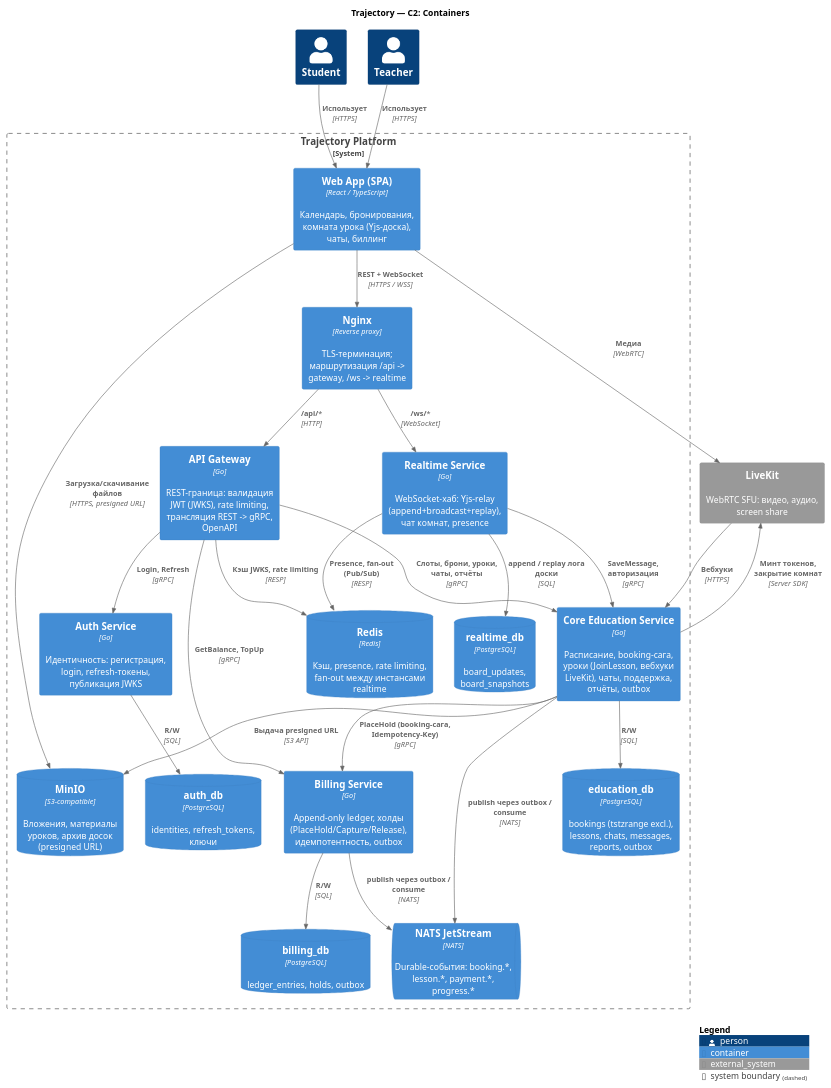
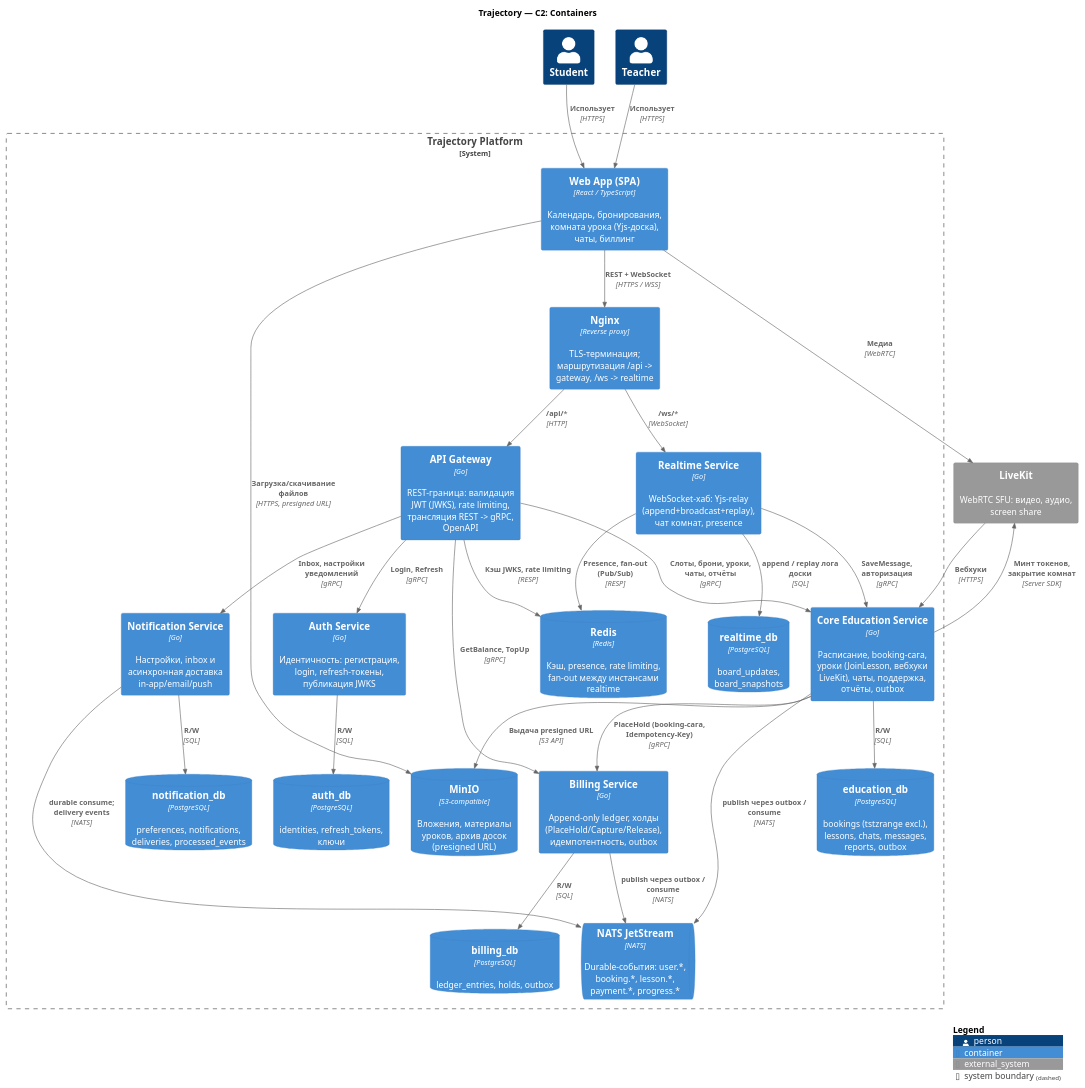
One commit to trajectory-platform/architeture changed the diagram in docs/diagrams/c4/c2-containers.puml. Above: the diagram before and after it, drawn with PlantUML. The commit also changed 25 other files, not shown here.

```diff
--- a/docs/diagrams/c4/c2-containers.puml
+++ b/docs/diagrams/c4/c2-containers.puml
@@ -1,65 +1,70 @@
 @startuml c2-containers
 !include <C4/C4_Container>
 
 title Trajectory — C2: Containers
 
 Person(student, "Student")
 Person(teacher, "Teacher")
 
 System_Boundary(trajectory, "Trajectory Platform") {
     Container(spa, "Web App (SPA)", "React / TypeScript", "Календарь, бронирования, комната урока (Yjs-доска), чаты, биллинг")
 
     Container(nginx, "Nginx", "Reverse proxy", "TLS-терминация; маршрутизация /api -> gateway, /ws -> realtime")
 
     Container(gateway, "API Gateway", "Go", "REST-граница: валидация JWT (JWKS), rate limiting, трансляция REST -> gRPC, OpenAPI")
     Container(auth, "Auth Service", "Go", "Идентичность: регистрация, login, refresh-токены, публикация JWKS")
     Container(core, "Core Education Service", "Go", "Расписание, booking-сага, уроки (JoinLesson, вебхуки LiveKit), чаты, поддержка, отчёты, outbox")
     Container(billing, "Billing Service", "Go", "Append-only ledger, холды (PlaceHold/Capture/Release), идемпотентность, outbox")
     Container(realtime, "Realtime Service", "Go", "WebSocket-хаб: Yjs-relay (append+broadcast+replay), чат комнат, presence")
+    Container(notification, "Notification Service", "Go", "Настройки, inbox и асинхронная доставка in-app/email/push")
 
     ContainerDb(pg_auth, "auth_db", "PostgreSQL", "identities, refresh_tokens, ключи")
     ContainerDb(pg_edu, "education_db", "PostgreSQL", "bookings (tstzrange excl.), lessons, chats, messages, reports, outbox")
     ContainerDb(pg_billing, "billing_db", "PostgreSQL", "ledger_entries, holds, outbox")
     ContainerDb(pg_rt, "realtime_db", "PostgreSQL", "board_updates, board_snapshots")
+    ContainerDb(pg_notification, "notification_db", "PostgreSQL", "preferences, notifications, deliveries, processed_events")
 
     ContainerDb(redis, "Redis", "Redis", "Кэш, presence, rate limiting, fan-out между инстансами realtime")
-    ContainerQueue(nats, "NATS JetStream", "NATS", "Durable-события: booking.*, lesson.*, payment.*, progress.*")
+    ContainerQueue(nats, "NATS JetStream", "NATS", "Durable-события: user.*, booking.*, lesson.*, payment.*, progress.*")
     ContainerDb(minio, "MinIO", "S3-compatible", "Вложения, материалы уроков, архив досок (presigned URL)")
 }
 
 System_Ext(livekit, "LiveKit", "WebRTC SFU: видео, аудио, screen share")
 
 Rel(student, spa, "Использует", "HTTPS")
 Rel(teacher, spa, "Использует", "HTTPS")
 
 Rel(spa, nginx, "REST + WebSocket", "HTTPS / WSS")
 Rel(spa, livekit, "Медиа", "WebRTC")
 Rel(spa, minio, "Загрузка/скачивание файлов", "HTTPS, presigned URL")
 
 Rel(nginx, gateway, "/api/*", "HTTP")
 Rel(nginx, realtime, "/ws/*", "WebSocket")
 
 Rel(gateway, auth, "Login, Refresh", "gRPC")
 Rel(gateway, core, "Слоты, брони, уроки, чаты, отчёты", "gRPC")
 Rel(gateway, billing, "GetBalance, TopUp", "gRPC")
+Rel(gateway, notification, "Inbox, настройки уведомлений", "gRPC")
 
 Rel(core, billing, "PlaceHold (booking-сага, Idempotency-Key)", "gRPC")
 Rel(realtime, core, "SaveMessage, авторизация", "gRPC")
 
 Rel(core, nats, "publish через outbox / consume", "NATS")
 Rel(billing, nats, "publish через outbox / consume", "NATS")
+Rel(notification, nats, "durable consume; delivery events", "NATS")
 
 Rel(auth, pg_auth, "R/W", "SQL")
 Rel(core, pg_edu, "R/W", "SQL")
 Rel(billing, pg_billing, "R/W", "SQL")
 Rel(realtime, pg_rt, "append / replay лога доски", "SQL")
+Rel(notification, pg_notification, "R/W", "SQL")
 
 Rel(gateway, redis, "Кэш JWKS, rate limiting", "RESP")
 Rel(realtime, redis, "Presence, fan-out (Pub/Sub)", "RESP")
 
 Rel(core, minio, "Выдача presigned URL", "S3 API")
 Rel(core, livekit, "Минт токенов, закрытие комнат", "Server SDK")
 Rel(livekit, core, "Вебхуки", "HTTPS")
 
 SHOW_LEGEND()
 @enduml
```
